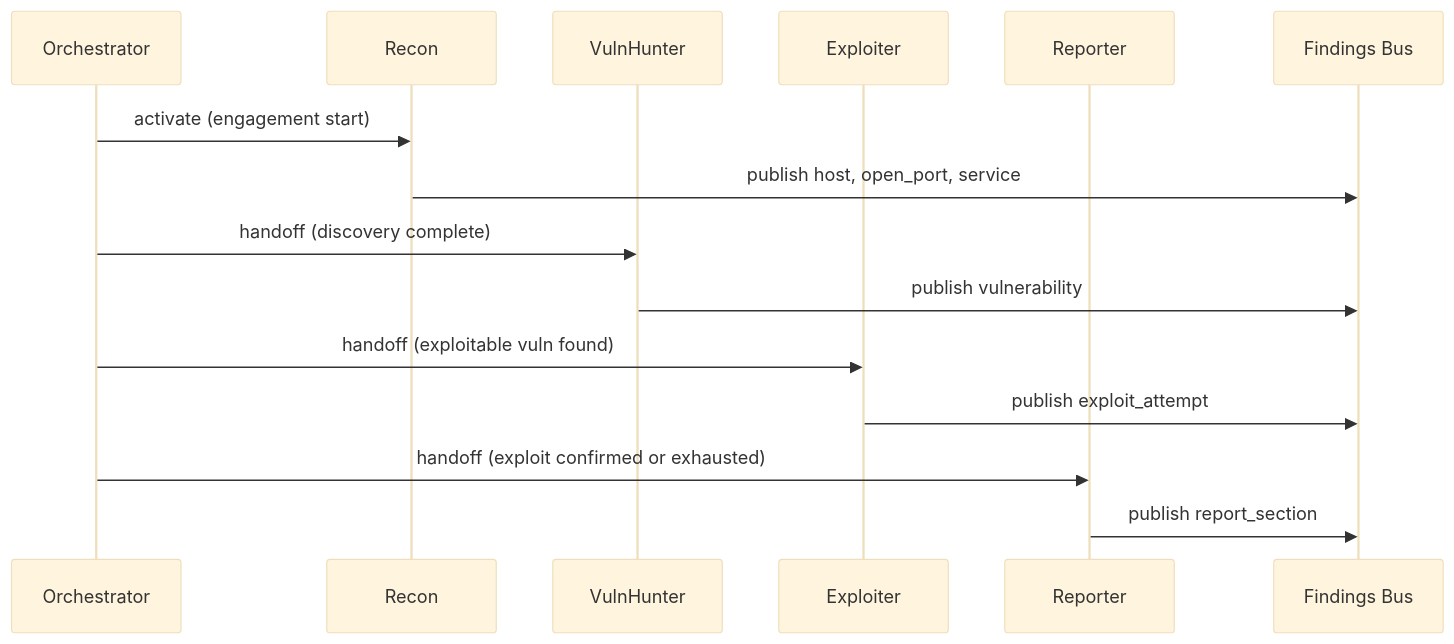
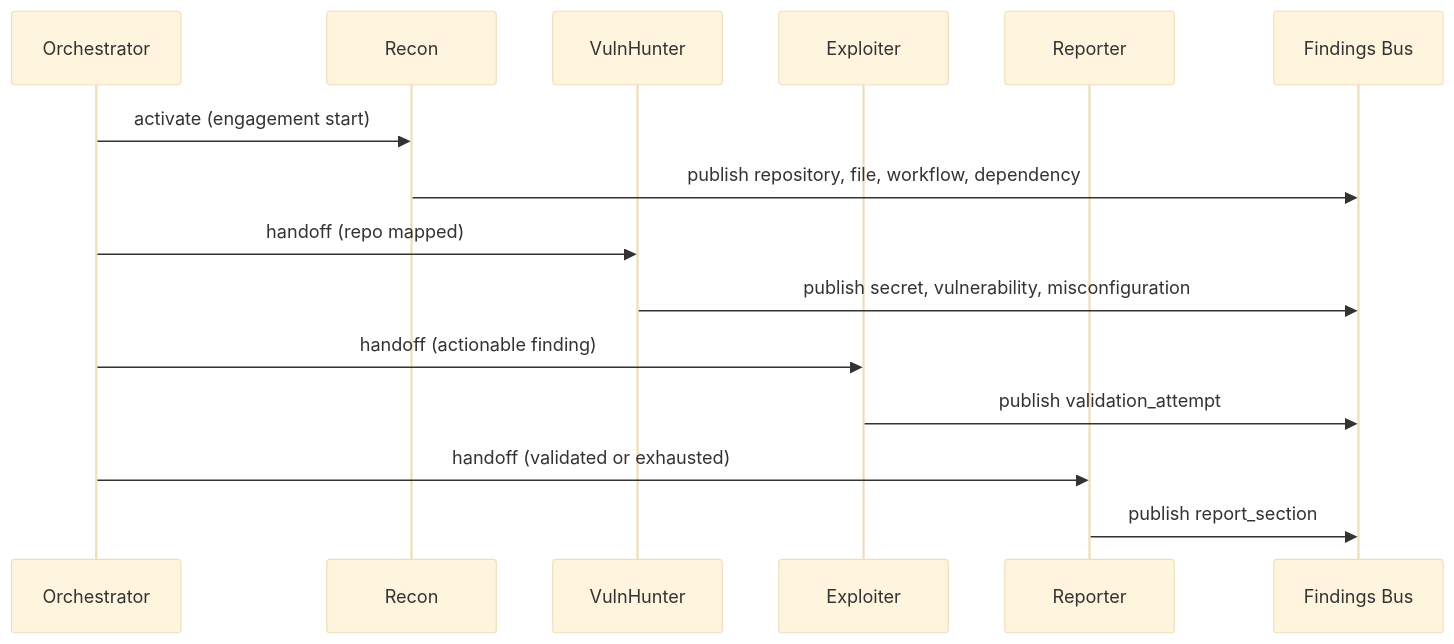
The diagram in docs/local/local-arch-agent-crew.md (tmestery/SPECTRE), drawn with Mermaid (base theme) before and after one commit. The commit also changed other lines of this file and 27 other files, not shown here.

````diff
--- a/docs/local/local-arch-agent-crew.md
+++ b/docs/local/local-arch-agent-crew.md
@@ -19,18 +19,18 @@
 ```mermaid
 sequenceDiagram
     participant O as Orchestrator
     participant R as Recon
     participant V as VulnHunter
     participant E as Exploiter
     participant Rep as Reporter
     participant B as Findings Bus
 
     O->>R: activate (engagement start)
-    R->>B: publish host, open_port, service
-    O->>V: handoff (discovery complete)
-    V->>B: publish vulnerability
-    O->>E: handoff (exploitable vuln found)
-    E->>B: publish exploit_attempt
-    O->>Rep: handoff (exploit confirmed or exhausted)
+    R->>B: publish repository, file, workflow, dependency
+    O->>V: handoff (repo mapped)
+    V->>B: publish secret, vulnerability, misconfiguration
+    O->>E: handoff (actionable finding)
+    E->>B: publish validation_attempt
+    O->>Rep: handoff (validated or exhausted)
     Rep->>B: publish report_section
 ```
````
